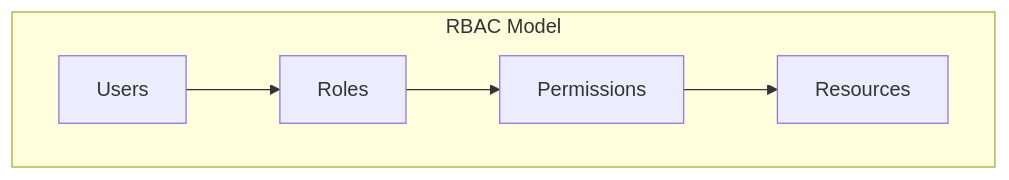
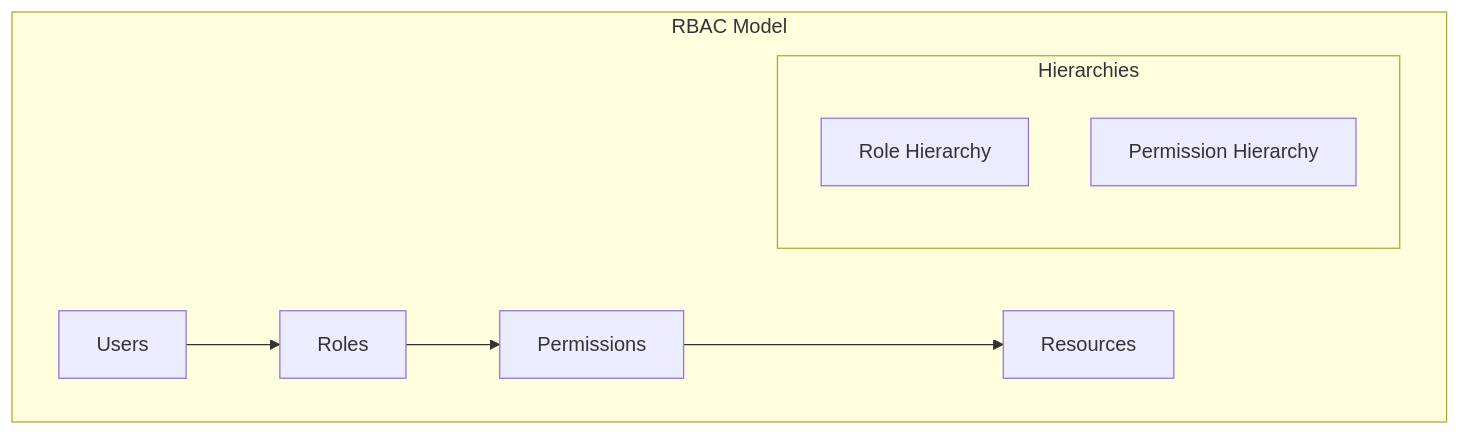
Before and after one commit to saravanakumarrc/Architecture_Journey: the third of 4 diagrams in src/Authentication_and_Authorization_Frameworks.md, drawn with Mermaid. The commit also changed other lines of this file and 7 other files, not shown here.

First line of the commit message:
Refactor Trade-off Analysis documentation and enhance architecture governance models

````diff
--- a/src/Authentication_and_Authorization_Frameworks.md
+++ b/src/Authentication_and_Authorization_Frameworks.md
@@ -69,8 +161,13 @@
 ```mermaid
-graph TD
+graph TB
     subgraph "RBAC Model"
         U[Users] --> R[Roles]
         R --> P[Permissions]
-        P --> RE[Resources]
+        P --> R2[Resources]
+        
+        subgraph "Hierarchies"
+            RH[Role Hierarchy]
+            PH[Permission Hierarchy]
+        end
     end
 ```
````
